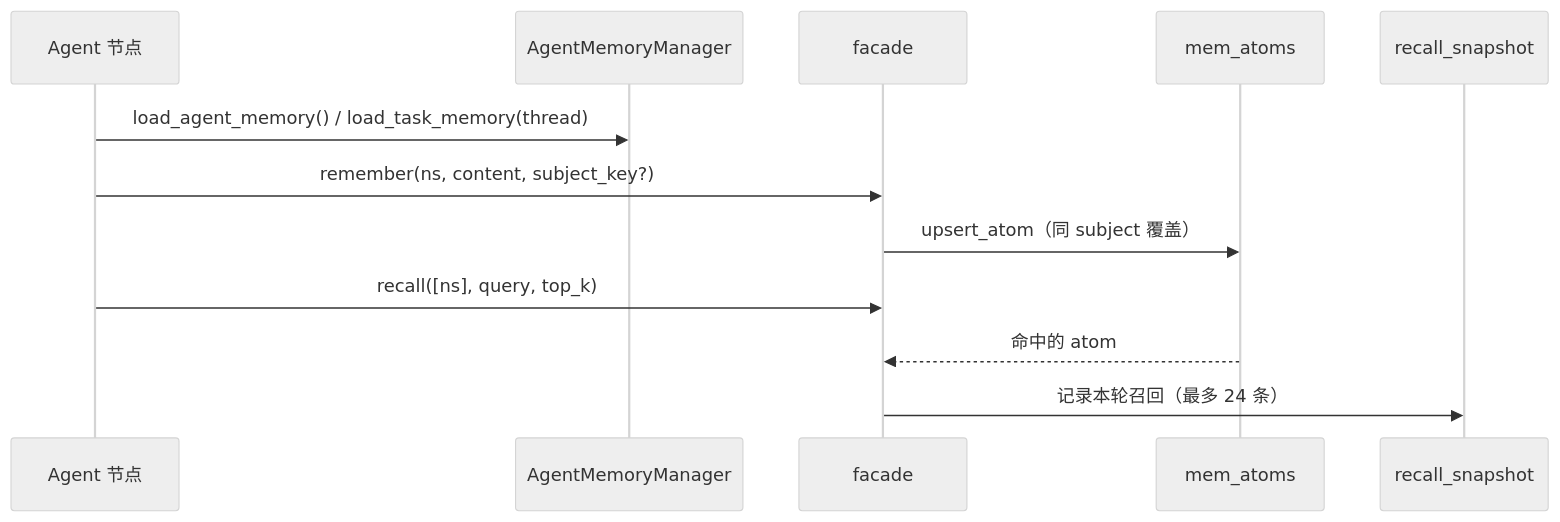
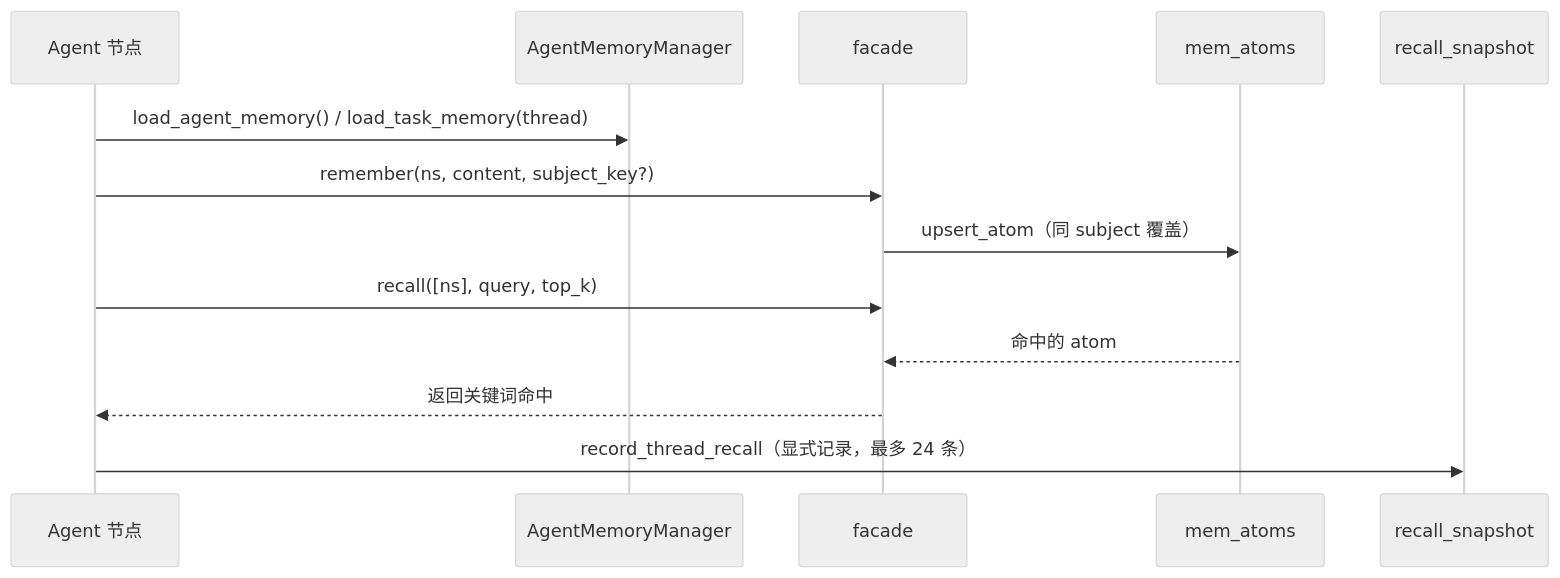
The diagram in work-agent-harness/doc/evoflow-学习规划/04-记忆与长期资产/01-短期记忆与长期记忆.md (G0-000/agent-book), drawn with Mermaid (neutral theme) before and after one commit. The commit also changed other lines of this file and 8 other files, not shown here.

````diff
--- a/work-agent-harness/doc/evoflow-学习规划/04-记忆与长期资产/01-短期记忆与长期记忆.md
+++ b/work-agent-harness/doc/evoflow-学习规划/04-记忆与长期资产/01-短期记忆与长期记忆.md
@@ -31,14 +42,15 @@
 ```mermaid
 sequenceDiagram
     participant A as Agent 节点
     participant M as AgentMemoryManager
     participant F as facade
     participant S as mem_atoms
     participant R as recall_snapshot
     A->>M: load_agent_memory() / load_task_memory(thread)
     A->>F: remember(ns, content, subject_key?)
     F->>S: upsert_atom（同 subject 覆盖）
     A->>F: recall([ns], query, top_k)
     S-->>F: 命中的 atom
-    F->>R: 记录本轮召回（最多 24 条）
+    F-->>A: 返回关键词命中
+    A->>R: record_thread_recall（显式记录，最多 24 条）
 ```
````
